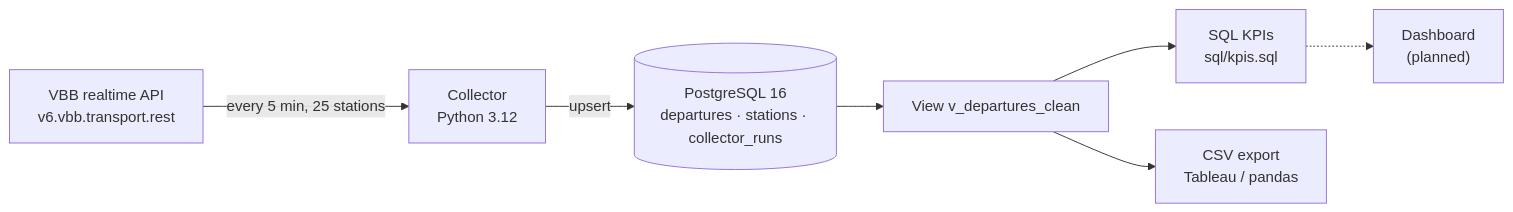
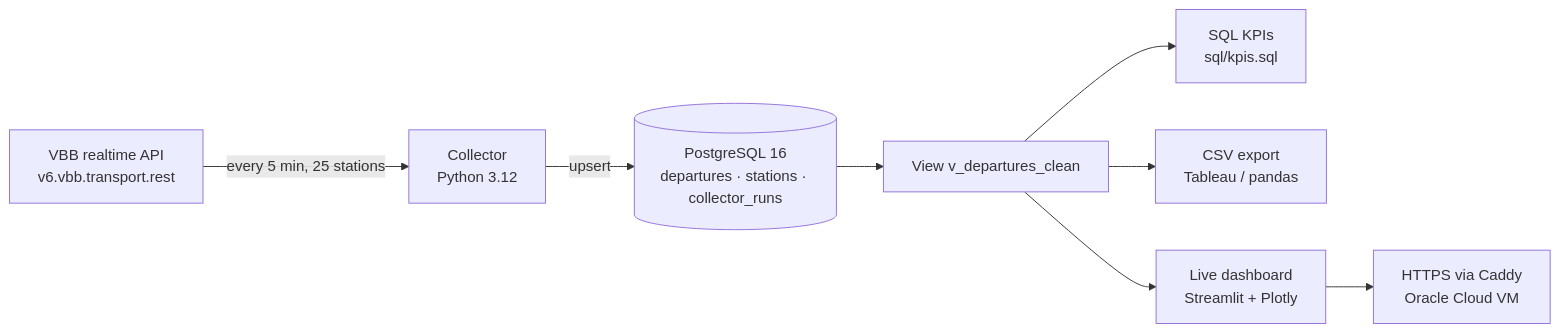
The diagram in README.md (Anant2580/berlin-transit-delays), drawn with Mermaid before and after one commit. The commit also changed other lines of this file and 12 other files, not shown here.

First line of the commit message:
Add live Streamlit dashboard with HTTPS deployment

````diff
--- a/README.md
+++ b/README.md
@@ -24,9 +25,10 @@
 ```mermaid
 flowchart LR
     API["VBB realtime API<br/>v6.vbb.transport.rest"] -->|every 5 min, 25 stations| C["Collector<br/>Python 3.12"]
     C -->|upsert| DB[("PostgreSQL 16<br/>departures · stations · collector_runs")]
     DB --> V["View v_departures_clean"]
     V --> K["SQL KPIs<br/>sql/kpis.sql"]
     V --> E["CSV export<br/>Tableau / pandas"]
-    K -.-> D["Dashboard<br/>(planned)"]
+    V --> D["Live dashboard<br/>Streamlit + Plotly"]
+    D --> W["HTTPS via Caddy<br/>Oracle Cloud VM"]
 ```
````
